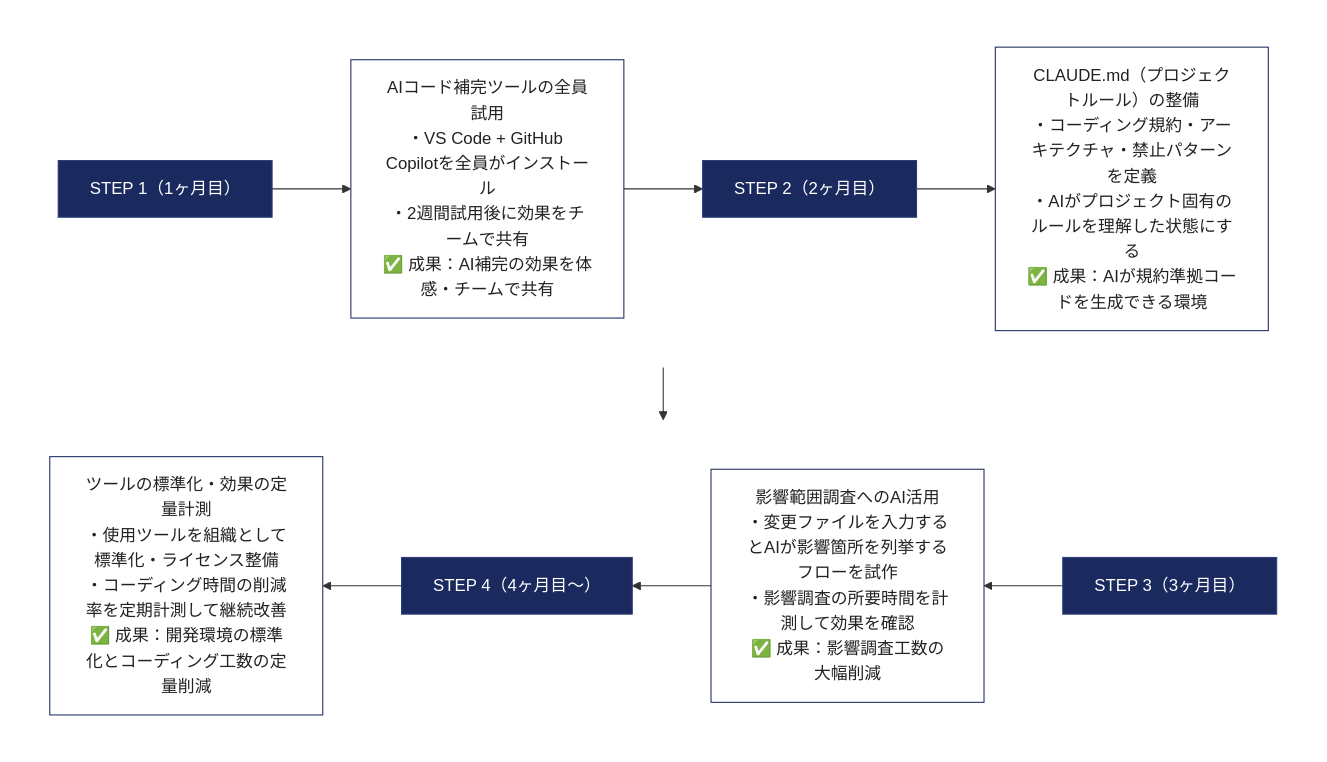
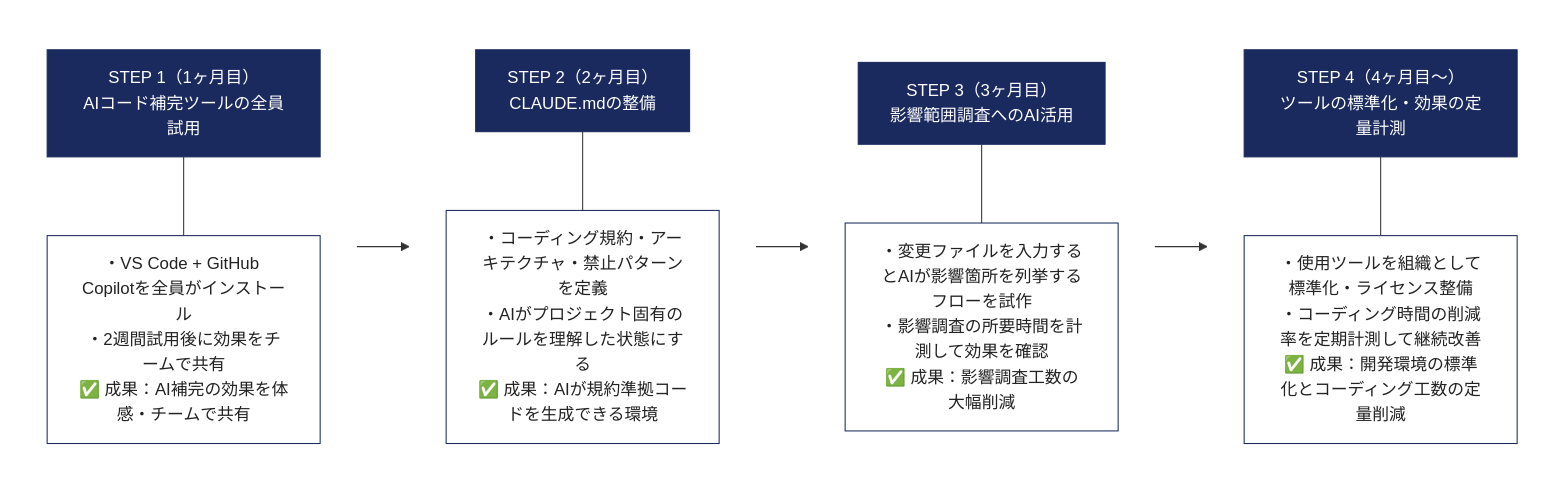
Before and after one commit to Kengo55555/My_Study: the fourth of 10 diagrams in AI_Idea/AI_ADOPTION_PROPOSAL.md, drawn with Mermaid. The commit also changed other lines of this file and 1 other file, not shown here.

Commit message:
Redesign Mermaid: horizontal LR layout, navy header + white body per step card

````diff
--- a/AI_Idea/AI_ADOPTION_PROPOSAL.md
+++ b/AI_Idea/AI_ADOPTION_PROPOSAL.md
@@ -196,22 +214,28 @@
 ```mermaid
-flowchart TD
-    subgraph row1[" "]
-        direction LR
-        T1["STEP 1（1ヶ月目）"] --> C1["AIコード補完ツールの全員試用<br/>・VS Code + GitHub Copilotを全員がインストール<br/>・2週間試用後に効果をチームで共有<br/>✅ 成果：AI補完の効果を体感・チームで共有"]
-        C1 --> T2["STEP 2（2ヶ月目）"]
-        T2 --> C2["CLAUDE.md（プロジェクトルール）の整備<br/>・コーディング規約・アーキテクチャ・禁止パターンを定義<br/>・AIがプロジェクト固有のルールを理解した状態にする<br/>✅ 成果：AIが規約準拠コードを生成できる環境"]
+flowchart LR
+    subgraph s1[" "]
+        direction TB
+        H1["STEP 1（1ヶ月目）<br/>AIコード補完ツールの全員試用"] --- B1["・VS Code + GitHub Copilotを全員がインストール<br/>・2週間試用後に効果をチームで共有<br/>✅ 成果：AI補完の効果を体感・チームで共有"]
     end
-    subgraph row2[" "]
-        direction RL
-        T3["STEP 3（3ヶ月目）"] --> C3["影響範囲調査へのAI活用<br/>・変更ファイルを入力するとAIが影響箇所を列挙するフローを試作<br/>・影響調査の所要時間を計測して効果を確認<br/>✅ 成果：影響調査工数の大幅削減"]
-        C3 --> T4["STEP 4（4ヶ月目〜）"]
-        T4 --> C4["ツールの標準化・効果の定量計測<br/>・使用ツールを組織として標準化・ライセンス整備<br/>・コーディング時間の削減率を定期計測して継続改善<br/>✅ 成果：開発環境の標準化とコーディング工数の定量削減"]
+    subgraph s2[" "]
+        direction TB
+        H2["STEP 2（2ヶ月目）<br/>CLAUDE.mdの整備"] --- B2["・コーディング規約・アーキテクチャ・禁止パターンを定義<br/>・AIがプロジェクト固有のルールを理解した状態にする<br/>✅ 成果：AIが規約準拠コードを生成できる環境"]
     end
-    C2 --> T3
-    style row1 fill:transparent,stroke:transparent,color:transparent
-    style row2 fill:transparent,stroke:transparent,color:transparent
-    classDef title fill:#1a2a5e,stroke:#2c3e7a,color:#fff
-    classDef content fill:#fff,stroke:#1a2a5e,color:#222
-    class T1,T2,T3,T4 title
-    class C1,C2,C3,C4 content
+    subgraph s3[" "]
+        direction TB
+        H3["STEP 3（3ヶ月目）<br/>影響範囲調査へのAI活用"] --- B3["・変更ファイルを入力するとAIが影響箇所を列挙するフローを試作<br/>・影響調査の所要時間を計測して効果を確認<br/>✅ 成果：影響調査工数の大幅削減"]
+    end
+    subgraph s4[" "]
+        direction TB
+        H4["STEP 4（4ヶ月目〜）<br/>ツールの標準化・効果の定量計測"] --- B4["・使用ツールを組織として標準化・ライセンス整備<br/>・コーディング時間の削減率を定期計測して継続改善<br/>✅ 成果：開発環境の標準化とコーディング工数の定量削減"]
+    end
+    s1 --> s2 --> s3 --> s4
+    style s1 fill:transparent,stroke:transparent,color:transparent
+    style s2 fill:transparent,stroke:transparent,color:transparent
+    style s3 fill:transparent,stroke:transparent,color:transparent
+    style s4 fill:transparent,stroke:transparent,color:transparent
+    classDef hdr fill:#1a2a5e,stroke:#1a2a5e,color:#fff
+    classDef bdy fill:#fff,stroke:#1a2a5e,color:#222
+    class H1,H2,H3,H4 hdr
+    class B1,B2,B3,B4 bdy
 ```
````
